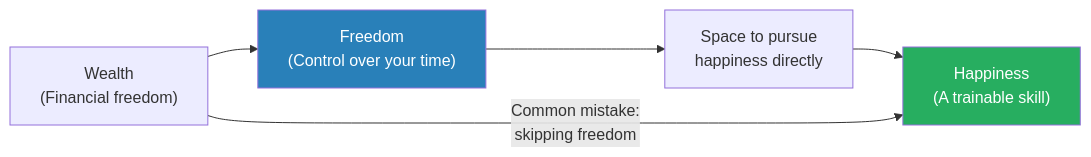
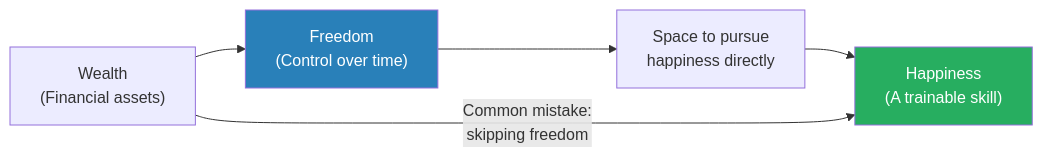
Before and after one commit to alius33/reader: the fifth of 6 diagrams in summaries/Mindset & Self-Mastery/The Almanack of Naval Ravikant - Eric Jorgenson.md, drawn with Mermaid. The commit also changed other lines of this file and 272 other files, not shown here.

````diff
--- a/summaries/Mindset & Self-Mastery/The Almanack of Naval Ravikant - Eric Jorgenson.md
+++ b/summaries/Mindset & Self-Mastery/The Almanack of Naval Ravikant - Eric Jorgenson.md
@@ -346,9 +614,9 @@
 ```mermaid
 flowchart LR
-    A["Wealth\n(Financial freedom)"] --> B["Freedom\n(Control over your time)"]
-    B --> C["Space to pursue\nhappiness directly"]
-    C --> D["Happiness\n(A trainable skill)"]
-    A -->|"Common mistake:\nskipping freedom"| D
+    A["Wealth<br>(Financial assets)"] --> B["Freedom<br>(Control over time)"]
+    B --> C["Space to pursue<br>happiness directly"]
+    C --> D["Happiness<br>(A trainable skill)"]
+    A -->|"Common mistake:<br>skipping freedom"| D
     style B fill:#2980b9,color:#fff
     style D fill:#27ae60,color:#fff
 ```
````
